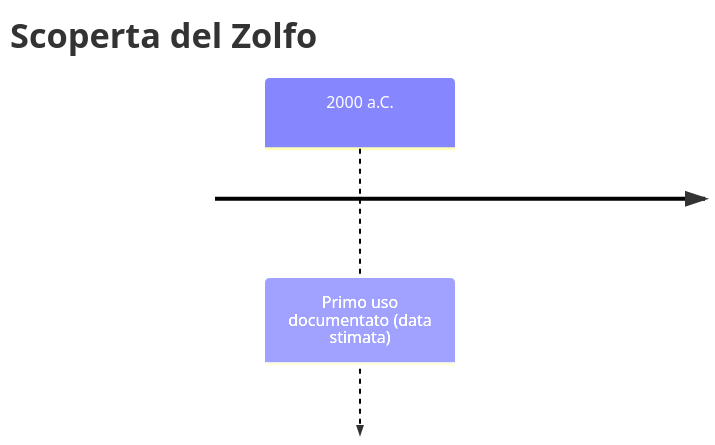
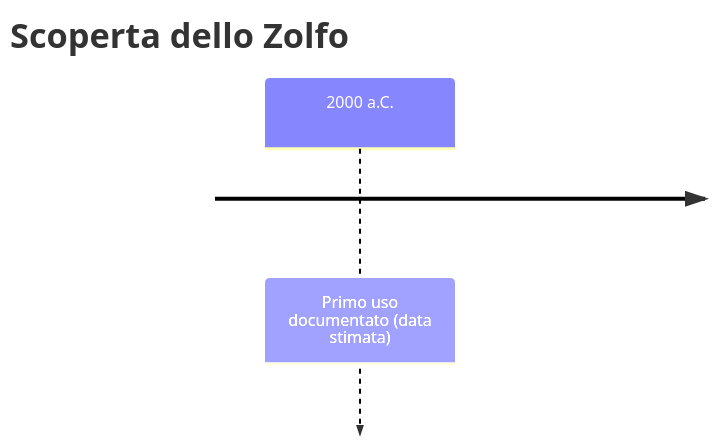
The first of 3 diagrams in vault/Elementi/Zolfo.md (gianlucaciarcelluti/elements-caos), drawn with Mermaid before and after one commit. The commit also changed other lines of this file and 11 other files, not shown here.

````diff
--- a/vault/Elementi/Zolfo.md
+++ b/vault/Elementi/Zolfo.md
@@ -28,5 +28,5 @@
 ```mermaid
 timeline
-    title Scoperta del Zolfo
+    title Scoperta dello Zolfo
     2000 a.C. : Primo uso documentato (data stimata)
 ```
````
